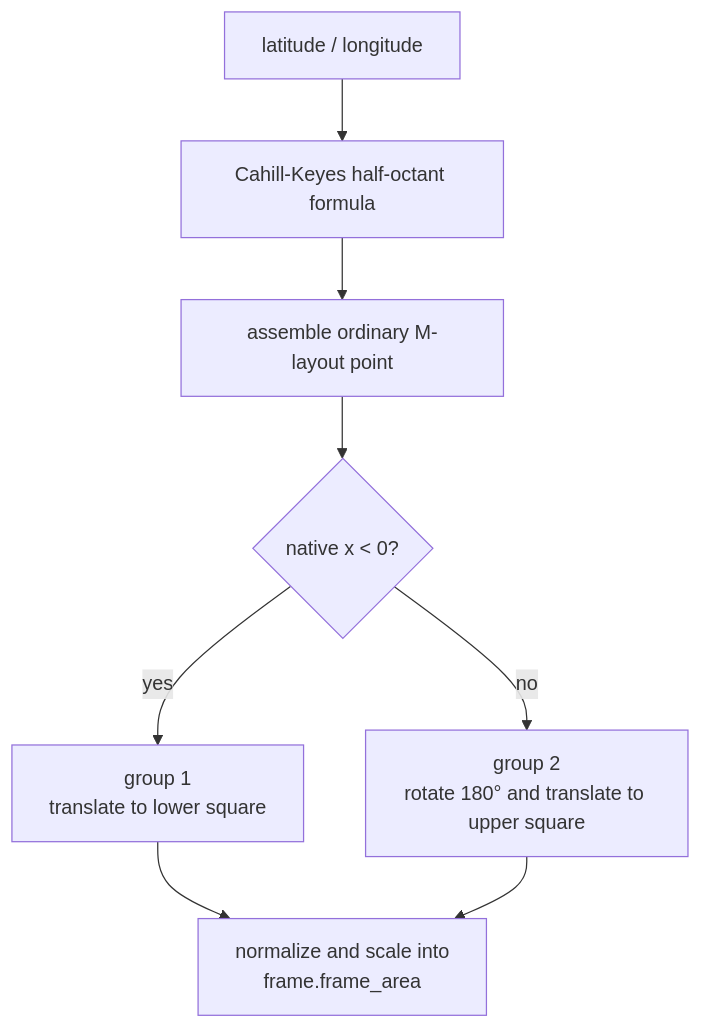
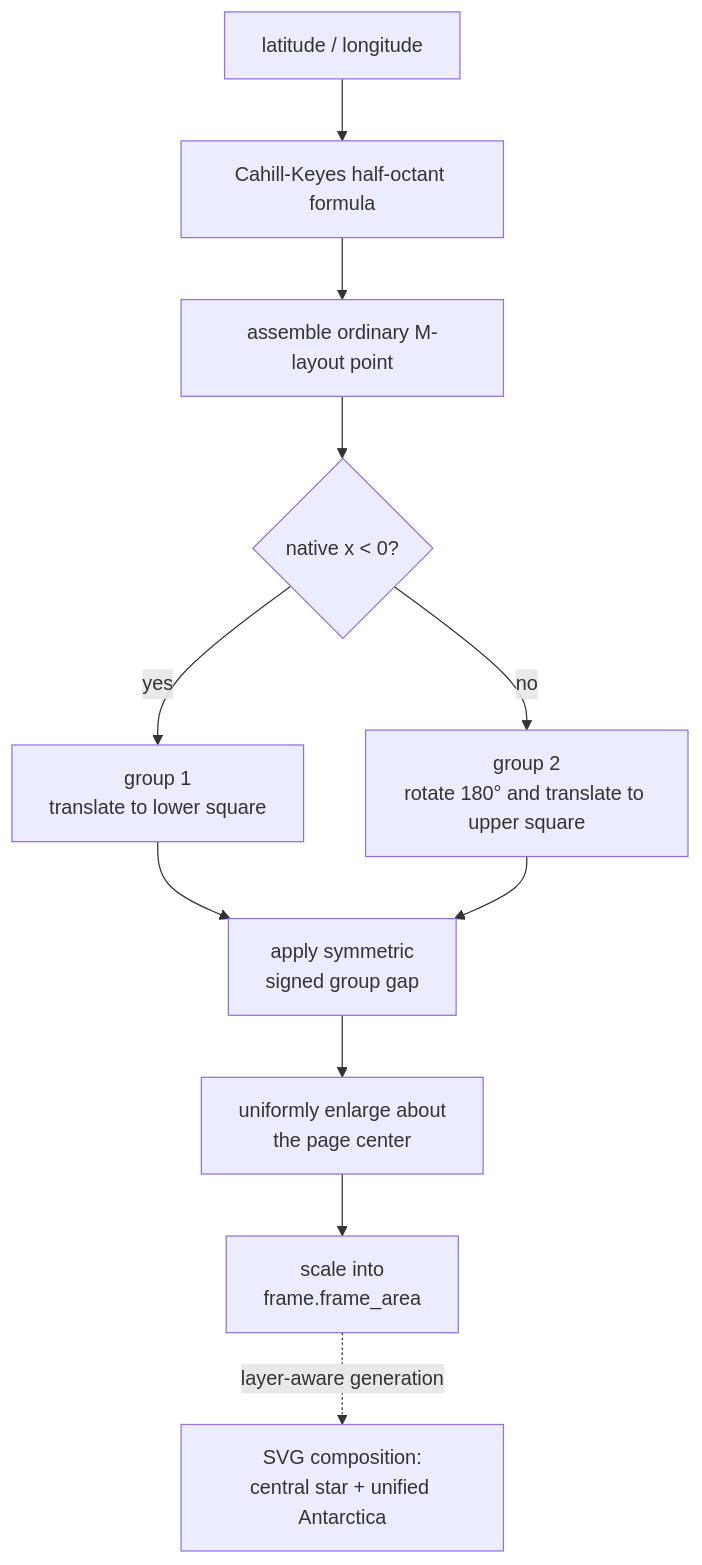
Before and after one commit to bdekoz/cartofreako: the third of 3 diagrams in docs/star-x-context.md, drawn with Mermaid. The commit also changed other lines of this file and 75 other files, not shown here.

````diff
--- a/docs/star-x-context.md
+++ b/docs/star-x-context.md
@@ -207,14 +238,19 @@
 ```mermaid
 flowchart TD
   LL["latitude / longitude"]
   CK["Cahill-Keyes half-octant formula"]
   M["assemble ordinary M-layout point"]
   SIDE{"native x < 0?"}
   LOWER["group 1<br/>translate to lower square"]
   UPPER["group 2<br/>rotate 180° and translate to upper square"]
-  SCALE["normalize and scale into<br/>frame.frame_area"]
+  GAP["apply symmetric<br/>signed group gap"]
+  ENLARGE["uniformly enlarge about<br/>the page center"]
+  FRAME["scale into<br/>frame.frame_area"]
+  COMPOSE["SVG composition:<br/>central star + unified Antarctica"]
 
   LL --> CK --> M --> SIDE
-  SIDE -- yes --> LOWER --> SCALE
-  SIDE -- no --> UPPER --> SCALE
+  SIDE -- yes --> LOWER --> GAP
+  SIDE -- no --> UPPER --> GAP
+  GAP --> ENLARGE --> FRAME
+  FRAME -. layer-aware generation .-> COMPOSE
 ```
````
